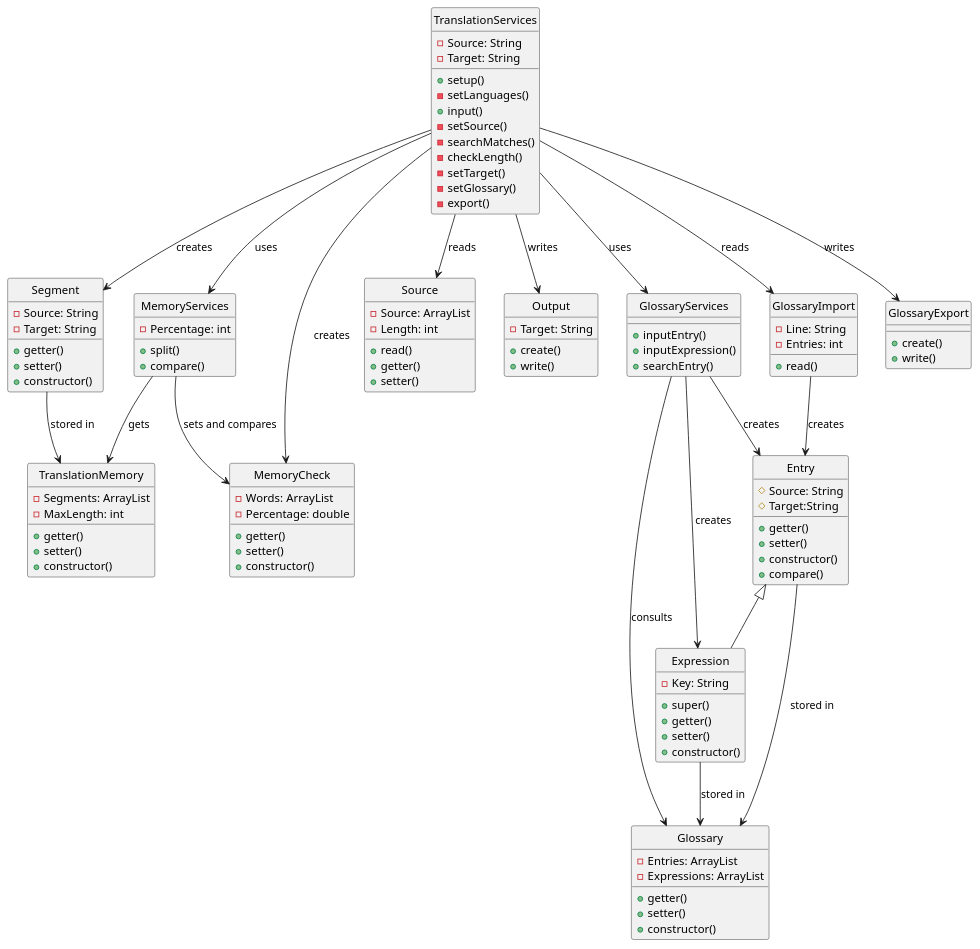
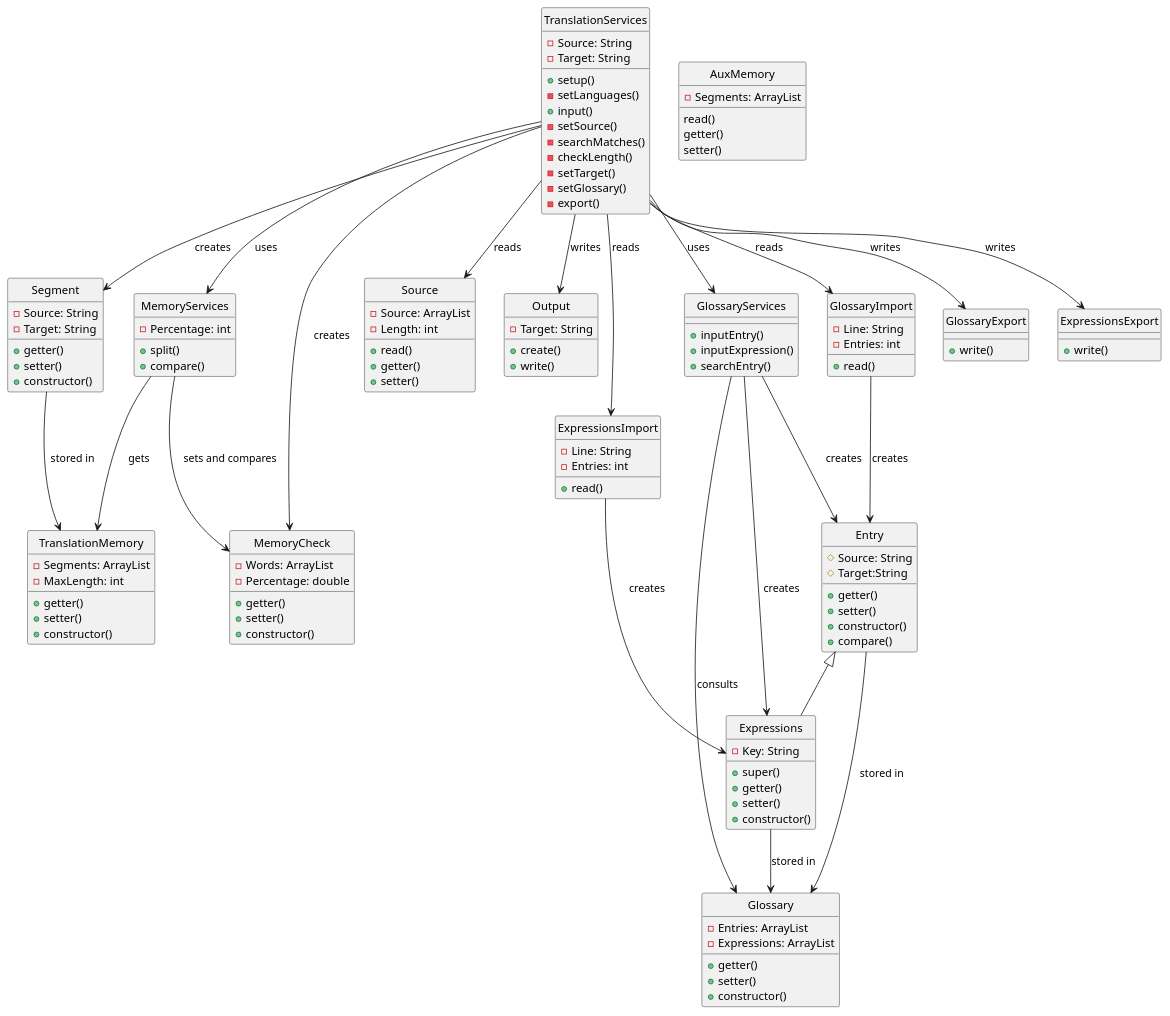
The diagram in sequence.plantuml (emiestevarena/OpenCATe), drawn with PlantUML before and after one commit. The commit also changed 4 other files, not shown here.

```diff
--- a/sequence.plantuml
+++ b/sequence.plantuml
@@ -1,123 +1,142 @@
 @startuml OpenCATe
 skinparam   Style   strictuml
 skinparam   SequenceMessageAlignment center
 
 
 class Segment{
     -Source: String
     -Target: String
     +getter()
     +setter()
     +constructor()
 }
 
 class TranslationMemory{
     -Segments: ArrayList
     -MaxLength: int
     +getter()
     +setter()
     +constructor()
 }
 
 class Entry{
     #Source: String 
     #Target:String
     +getter()
     +setter()
     +constructor()
     +compare()
 }
 
-class Expression extends Entry{
+class Expressions extends Entry{
     -Key: String
     +super()
     +getter()
     +setter()
     +constructor()
 }
 
 class Glossary{
     -Entries: ArrayList
     -Expressions: ArrayList
     +getter()
     +setter()
     +constructor()
 }
 
 class TranslationServices{
     -Source: String
     -Target: String
     +setup()
     -setLanguages()
     +input()
     -setSource()
     -searchMatches()
     -checkLength()
     -setTarget()
     -setGlossary()
     -export()
 }
 
 class Source{
     -Source: ArrayList
     -Length: int
     +read()
     +getter()
     +setter()
 }
 
 class Output{
     -Target: String
     +create()
     +write()
 }
 
 class GlossaryServices{
     +inputEntry()
     +inputExpression()
     +searchEntry()
 }
 
 class MemoryCheck{
     -Words: ArrayList
     -Percentage: double
     +getter()
     +setter()
     +constructor()
 }
 
 class MemoryServices{
     -Percentage: int
     +split()
     +compare()
 }
 
 class GlossaryImport{
     -Line: String
     -Entries: int
     +read()
 }
 
 class GlossaryExport{
-    +create()
     +write()
 }
 
+class ExpressionsImport{
+    -Line: String
+    -Entries: int
+    +read()
+}
+
+class ExpressionsExport{
+    +write()
+}
+
+class AuxMemory{
+    -Segments: ArrayList
+    read()
+    getter()
+    setter()
+}
+
 Segment --> TranslationMemory :stored in
-Expression --> Glossary :stored in
+Expressions --> Glossary :stored in
 Entry --> Glossary :stored in
 TranslationServices--> Segment :creates
 TranslationServices --> Source: reads
 TranslationServices --> Output: writes
 TranslationServices --> GlossaryServices: uses
 GlossaryServices --> Entry : creates
-GlossaryServices --> Expression: creates
+GlossaryServices --> Expressions: creates
 GlossaryServices --> Glossary: consults
 TranslationServices --> MemoryServices: uses
 TranslationServices --> MemoryCheck : creates
 MemoryServices --> MemoryCheck: sets and compares
 MemoryServices --> TranslationMemory: gets
 GlossaryImport --> Entry: creates
 TranslationServices --> GlossaryExport :writes
 TranslationServices --> GlossaryImport :reads
+ExpressionsImport --> Expressions: creates
+TranslationServices --> ExpressionsExport :writes
+TranslationServices --> ExpressionsImport :reads
 @enduml
```
